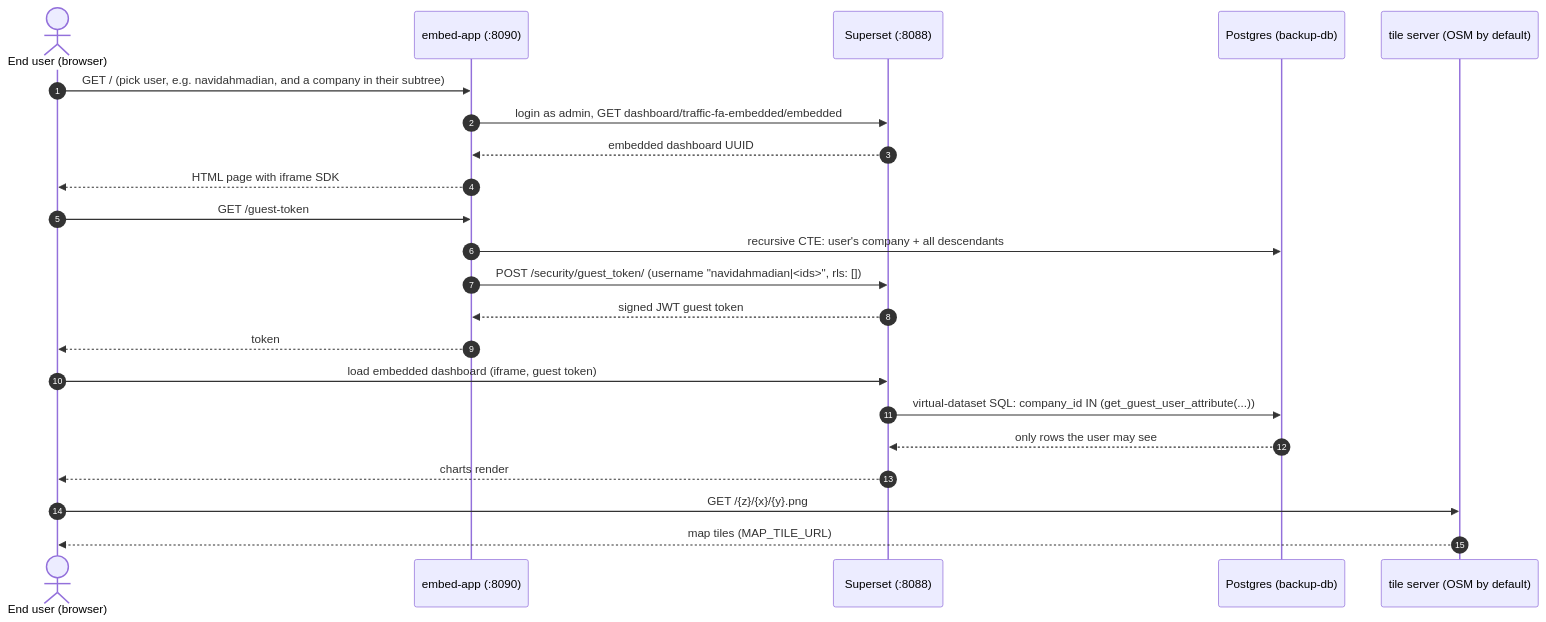
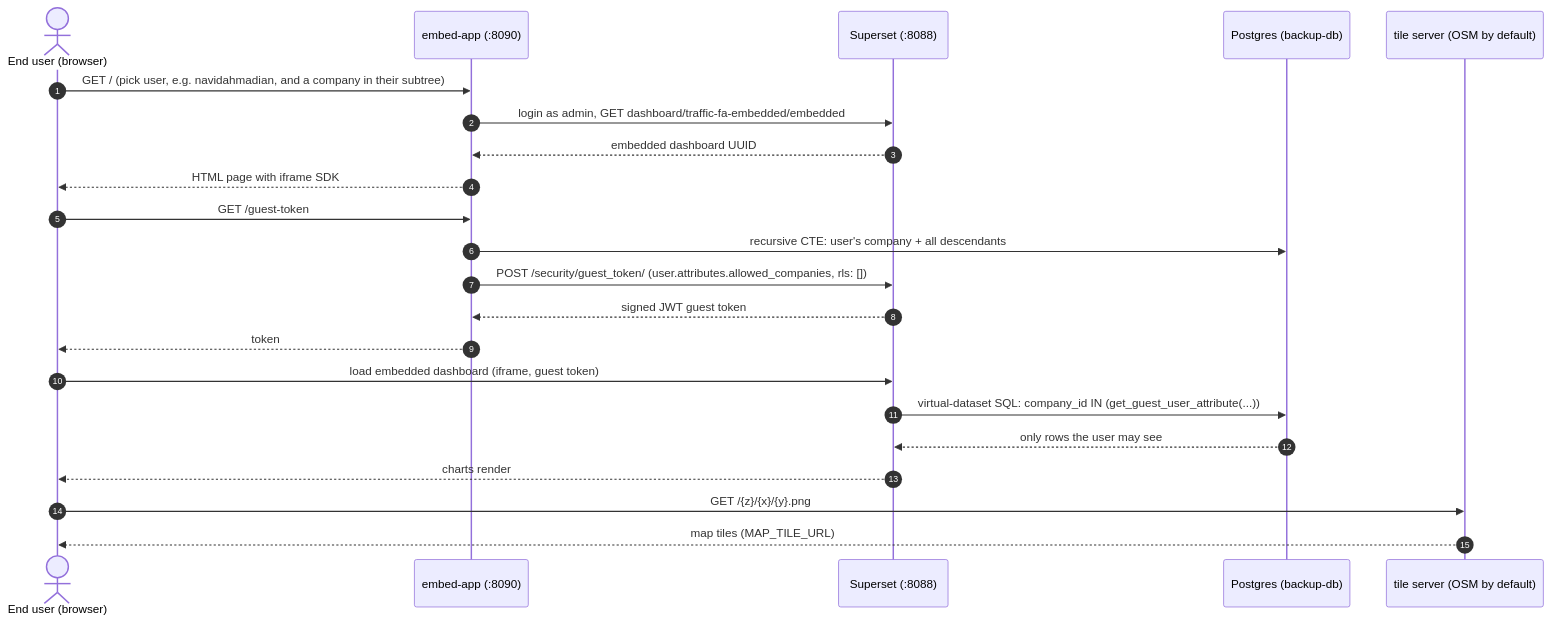
Before and after one commit to alip990/superset-demo: the second of 2 diagrams in README.md, drawn with Mermaid. The commit also changed other lines of this file and 7 other files, not shown here.

````diff
--- a/README.md
+++ b/README.md
@@ -68,27 +68,27 @@
 ```mermaid
 sequenceDiagram
     autonumber
     actor U as End user (browser)
     participant EA as embed-app (:8090)
     participant SS as Superset (:8088)
     participant PG as Postgres (backup-db)
     participant TS as tile server (OSM by default)
 
     U->>EA: GET / (pick user, e.g. navidahmadian, and a company in their subtree)
     EA->>SS: login as admin, GET dashboard/traffic-fa-embedded/embedded
     SS-->>EA: embedded dashboard UUID
     EA-->>U: HTML page with iframe SDK
 
     U->>EA: GET /guest-token
     EA->>PG: recursive CTE: user's company + all descendants
-    EA->>SS: POST /security/guest_token/ (username "navidahmadian|<ids>", rls: [])
+    EA->>SS: POST /security/guest_token/ (user.attributes.allowed_companies, rls: [])
     SS-->>EA: signed JWT guest token
     EA-->>U: token
 
     U->>SS: load embedded dashboard (iframe, guest token)
     SS->>PG: virtual-dataset SQL: company_id IN (get_guest_user_attribute(...))
     PG-->>SS: only rows the user may see
     SS-->>U: charts render
     U->>TS: GET /{z}/{x}/{y}.png
     TS-->>U: map tiles (MAP_TILE_URL)
 ```
````
